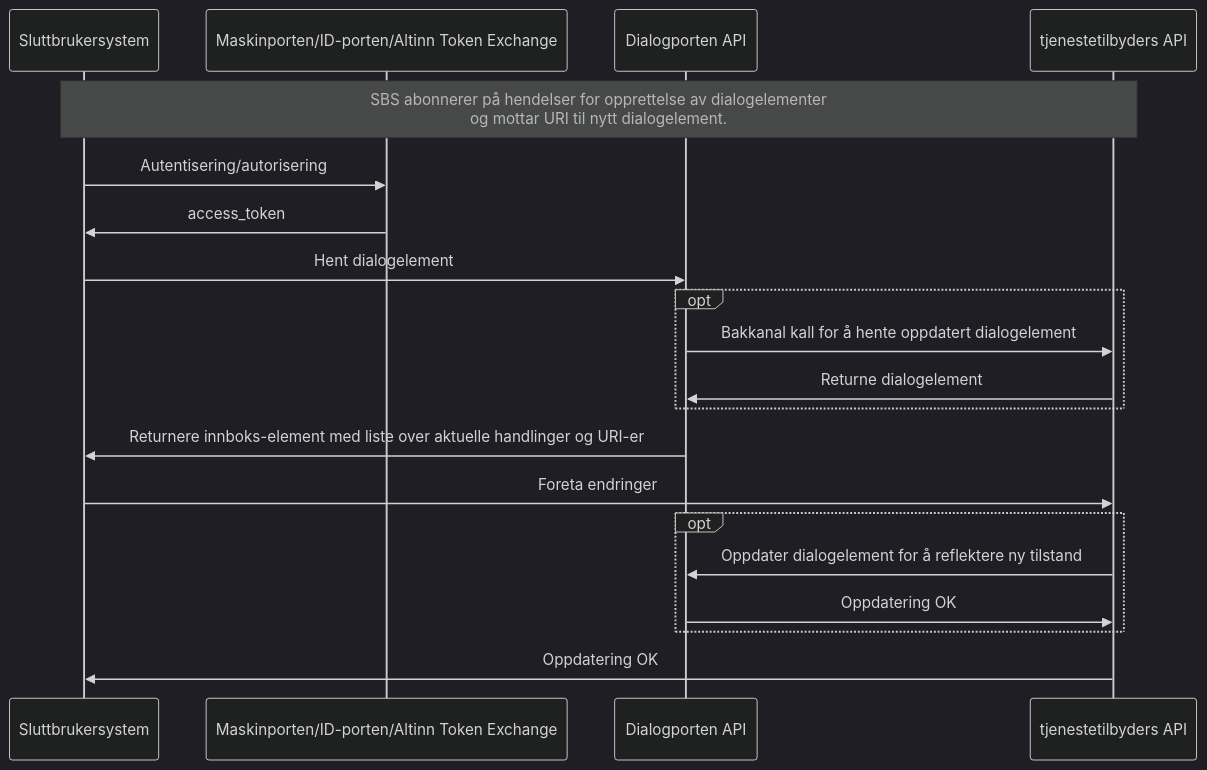
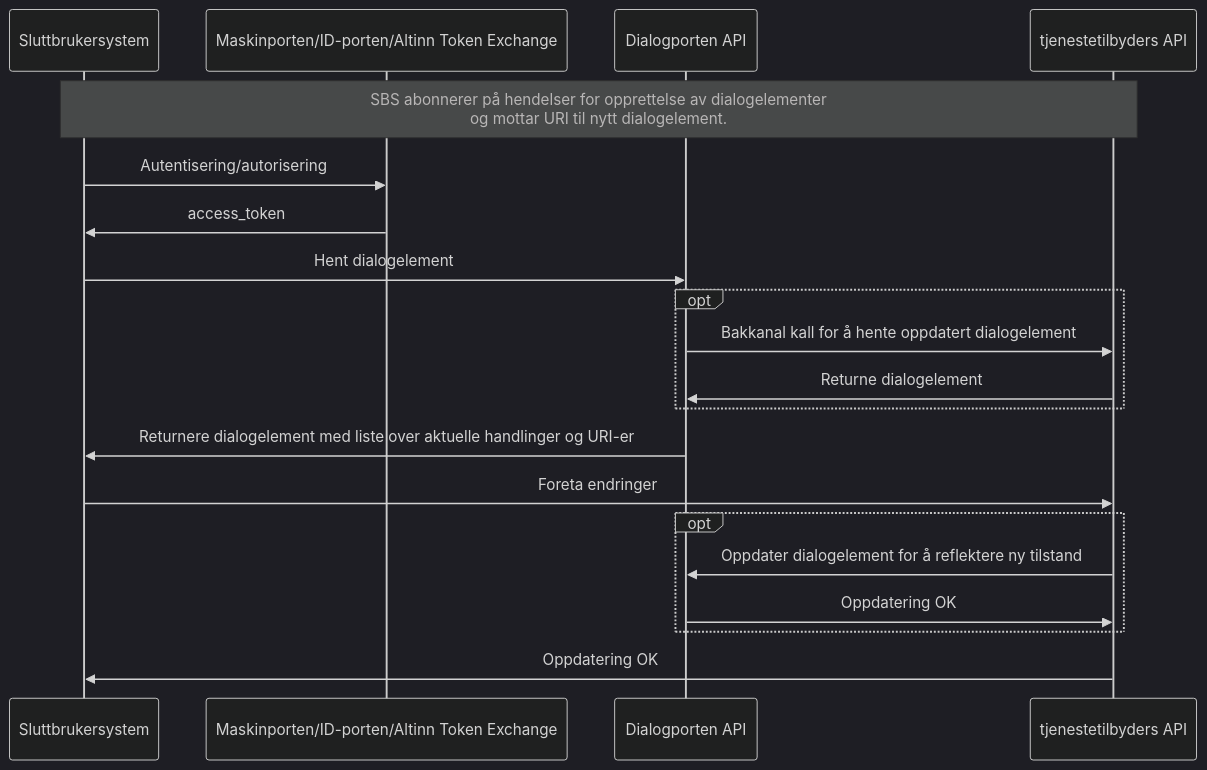
The third of 6 diagrams in dialogporten.md (elsand/elsand.github.io), drawn with Mermaid (dark theme) before and after one commit. The commit also changed other lines of this file and 1 other file, not shown here.

Commit message:
Add support for supplying id for dialogelement (#25)

````diff
--- a/dialogporten.md
+++ b/dialogporten.md
@@ -367,22 +369,22 @@
 ```mermaid!
 sequenceDiagram
     participant SBS as Sluttbrukersystem
     participant EID as Maskinporten/ID-porten/Altinn Token Exchange
     participant API as Dialogporten API
     participant TEAPI as tjenestetilbyders API
 note over SBS,TEAPI: SBS abonnerer på hendelser for opprettelse av dialogelementer<br>og mottar URI til nytt dialogelement.
 SBS->>EID: Autentisering/autorisering
 EID->>SBS: access_token
 SBS->>API: Hent dialogelement
 opt
     API->>TEAPI: Bakkanal kall for å hente oppdatert dialogelement
     TEAPI->>API: Returne dialogelement
 end
-API->>SBS: Returnere innboks-element med liste over aktuelle handlinger og URI-er
+API->>SBS: Returnere dialogelement med liste over aktuelle handlinger og URI-er
 SBS->>TEAPI: Foreta endringer
 opt
     TEAPI->>API: Oppdater dialogelement for å reflektere ny tilstand
     API->>TEAPI: Oppdatering OK
 end
 TEAPI->>SBS: Oppdatering OK
 ```
````
